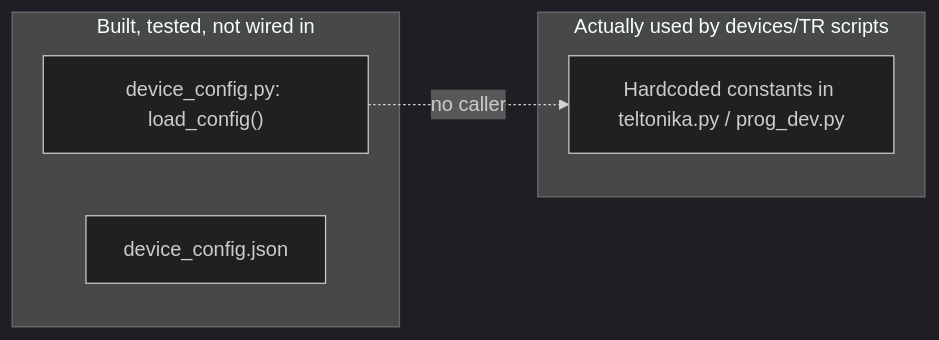
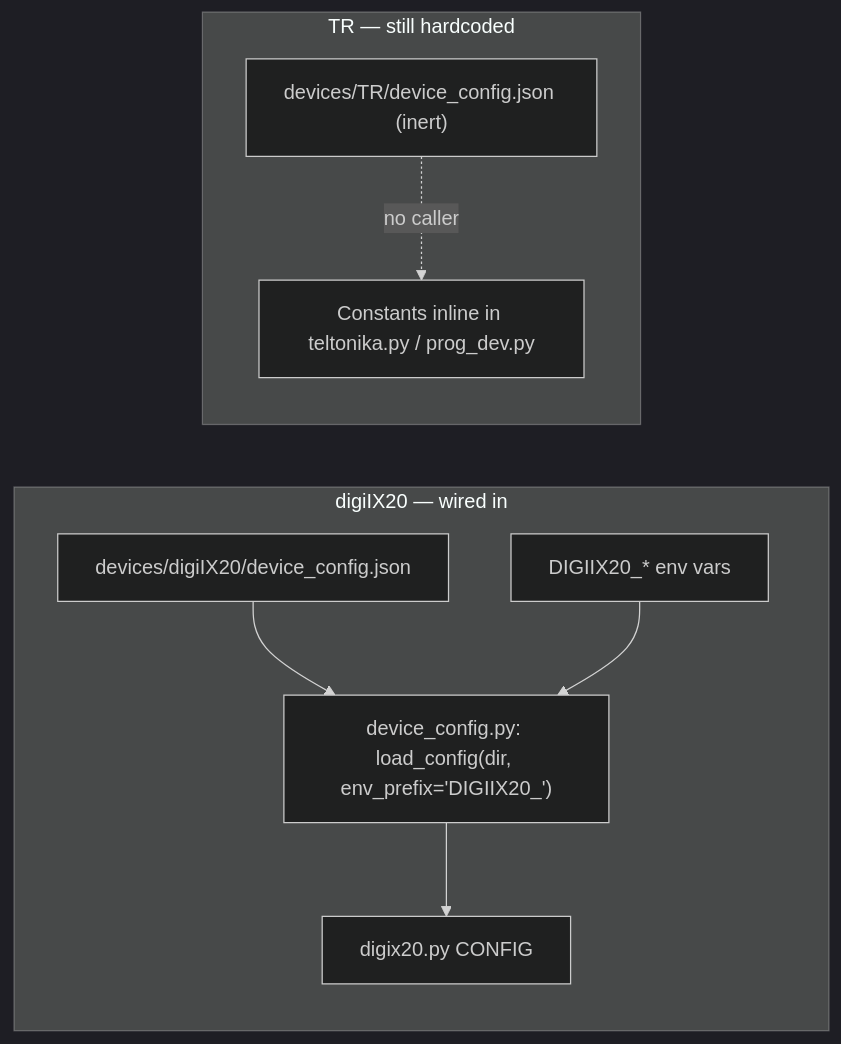
One commit to nlehnhof/ProgrammingWorkstation changed the fifth of 5 diagrams in documentation/WORKFLOW.md. Above: the diagram before and after it, drawn with Mermaid (dark theme). The commit also changed other lines of this file and 1 other file, not shown here.

````diff
--- a/documentation/WORKFLOW.md
+++ b/documentation/WORKFLOW.md
@@ -86,11 +117,16 @@
 ```mermaid
 flowchart LR
-    subgraph "Built, tested, not wired in"
-        DC["device_config.py: load_config()"]
-        JSON["device_config.json"]
+    subgraph "digiIX20 — wired in"
+        DC["device_config.py: load_config(dir, env_prefix='DIGIIX20_')"]
+        JSON["devices/digiIX20/device_config.json"]
+        ENV["DIGIIX20_* env vars"]
+        JSON --> DC
+        ENV --> DC
+        DC --> DX["digix20.py CONFIG"]
     end
-    subgraph "Actually used by devices/TR scripts"
-        HC["Hardcoded constants in teltonika.py / prog_dev.py"]
+    subgraph "TR — still hardcoded"
+        HC["Constants inline in teltonika.py / prog_dev.py"]
+        TJ["devices/TR/device_config.json (inert)"]
+        TJ -.->|"no caller"| HC
     end
-    DC -.->|"no caller"| HC
 ```
````
